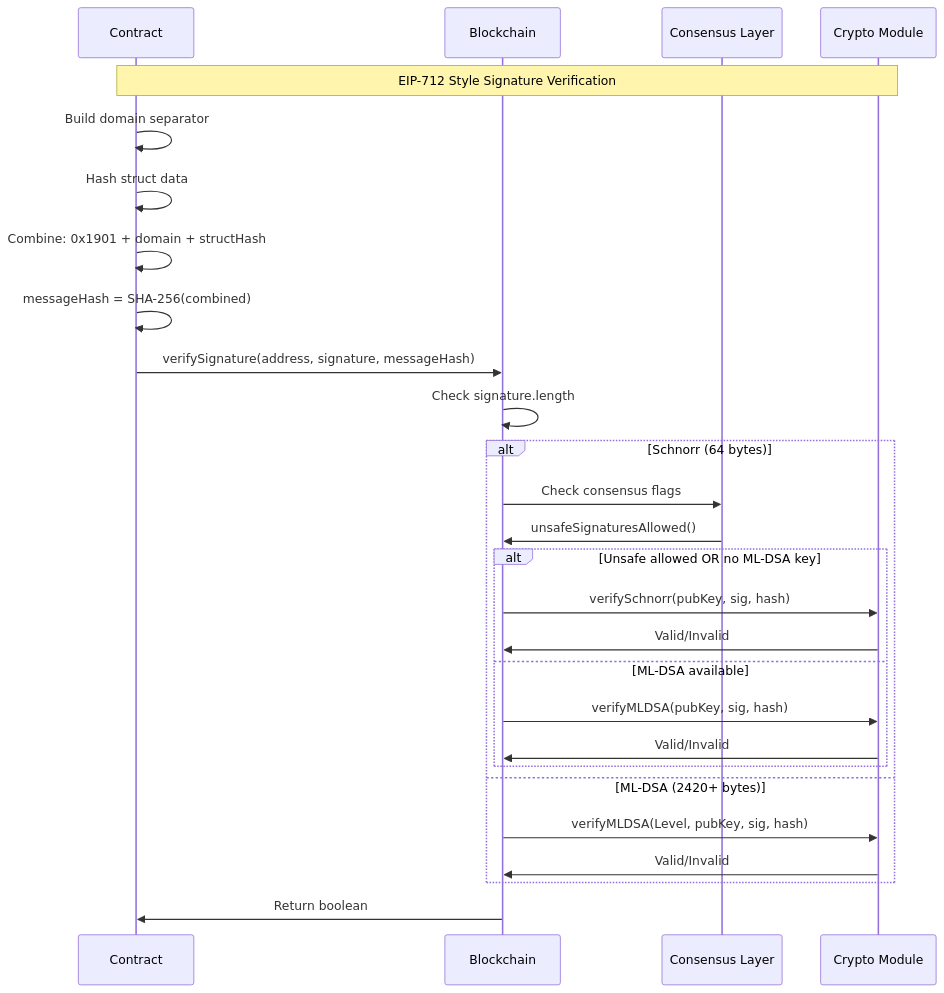
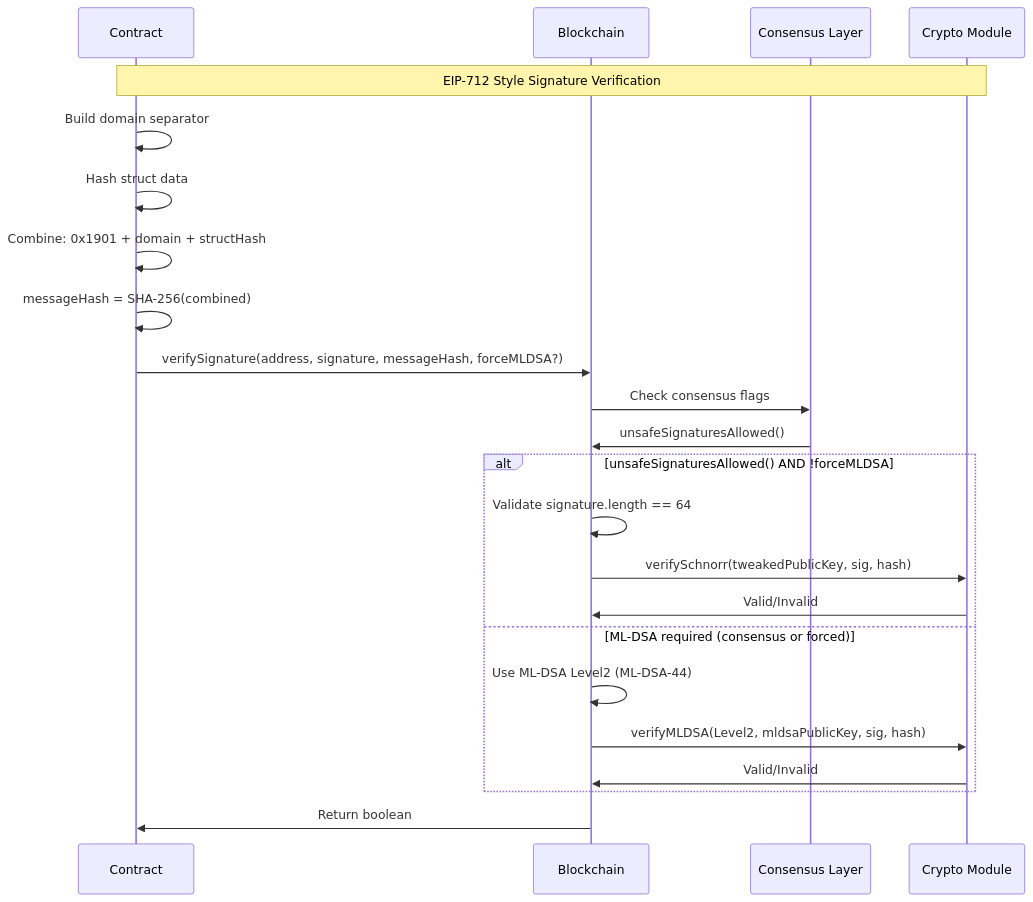
One commit to btc-vision/btc-runtime changed the sixth of 6 diagrams in docs/api-reference/blockchain.md. Above: the diagram before and after it, drawn with Mermaid. The commit also changed other lines of this file and 30 other files, not shown here.

````diff
--- a/docs/api-reference/blockchain.md
+++ b/docs/api-reference/blockchain.md
@@ -527,36 +526,30 @@
 ```mermaid
 sequenceDiagram
     participant C as Contract
     participant BC as Blockchain
     participant Cons as Consensus Layer
     participant Crypto as Crypto Module
 
     Note over C,Crypto: EIP-712 Style Signature Verification
     C->>C: Build domain separator
     C->>C: Hash struct data
     C->>C: Combine: 0x1901 + domain + structHash
     C->>C: messageHash = SHA-256(combined)
 
-    C->>BC: verifySignature(address, signature, messageHash)
+    C->>BC: verifySignature(address, signature, messageHash, forceMLDSA?)
 
-    BC->>BC: Check signature.length
+    BC->>Cons: Check consensus flags
+    Cons->>BC: unsafeSignaturesAllowed()
 
-    alt Schnorr (64 bytes)
-        BC->>Cons: Check consensus flags
-        Cons->>BC: unsafeSignaturesAllowed()
-
-        alt Unsafe allowed OR no ML-DSA key
-            BC->>Crypto: verifySchnorr(pubKey, sig, hash)
-            Crypto->>BC: Valid/Invalid
-        else ML-DSA available
-            BC->>Crypto: verifyMLDSA(pubKey, sig, hash)
-            Crypto->>BC: Valid/Invalid
-        end
-
-    else ML-DSA (2420+ bytes)
-        BC->>Crypto: verifyMLDSA(Level, pubKey, sig, hash)
+    alt unsafeSignaturesAllowed() AND !forceMLDSA
+        BC->>BC: Validate signature.length == 64
+        BC->>Crypto: verifySchnorr(tweakedPublicKey, sig, hash)
+        Crypto->>BC: Valid/Invalid
+    else ML-DSA required (consensus or forced)
+        BC->>BC: Use ML-DSA Level2 (ML-DSA-44)
+        BC->>Crypto: verifyMLDSA(Level2, mldsaPublicKey, sig, hash)
         Crypto->>BC: Valid/Invalid
     end
 
     BC->>C: Return boolean
 ```
````
